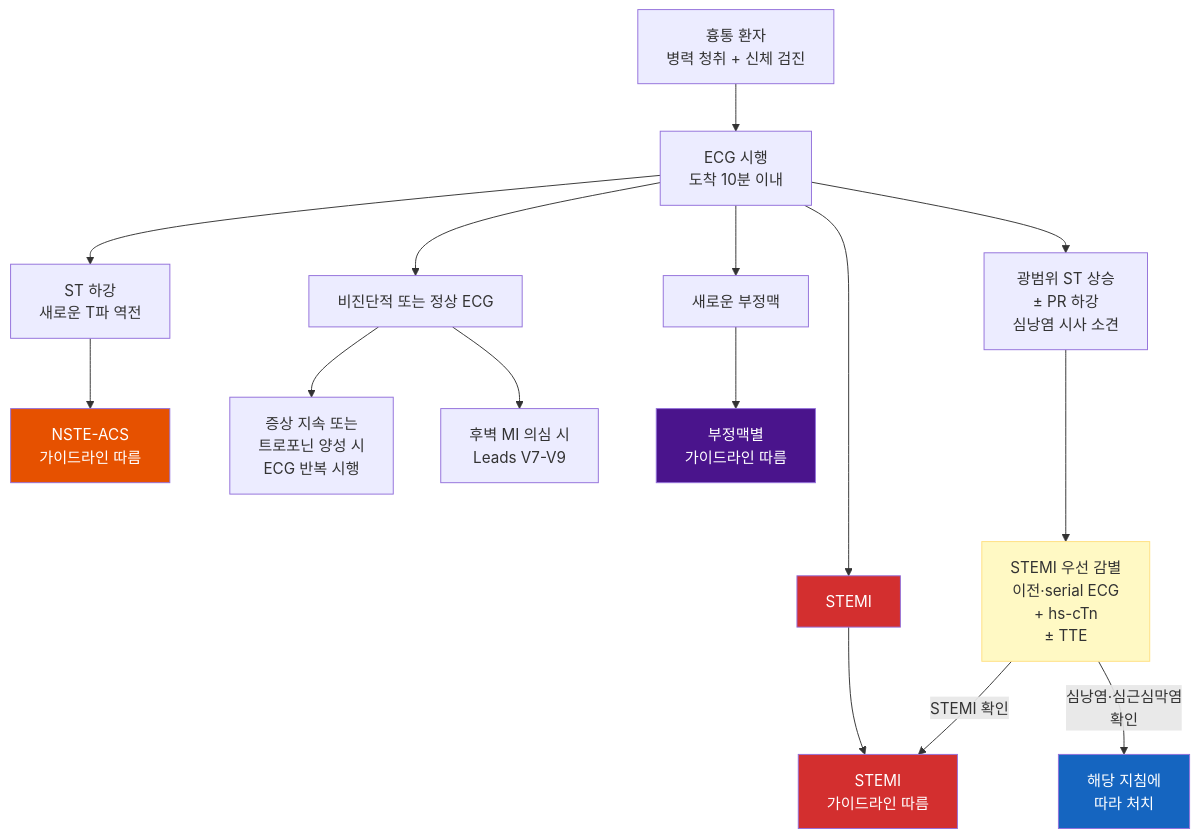
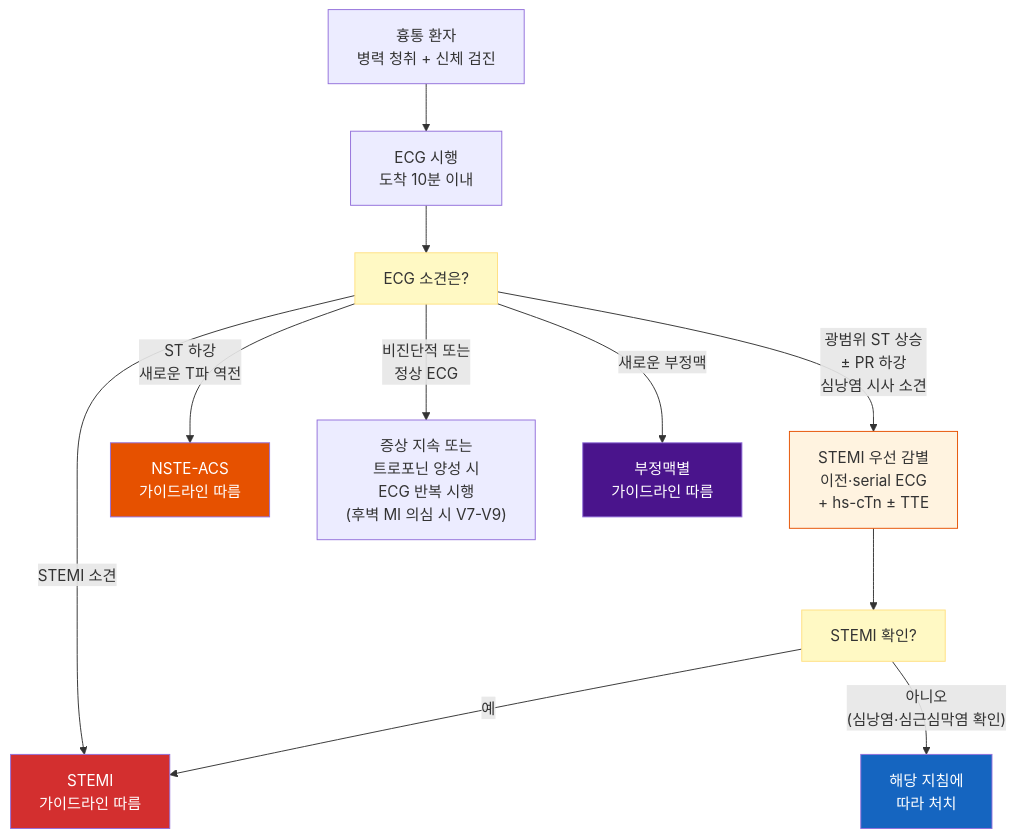
The first of 2 diagrams in 220_/002_-chest-pain.md (familyoh77/familyoh77), drawn with Mermaid before and after one commit. The commit also changed other lines of this file, not shown here.

````diff
--- a/220_/002_-chest-pain.md
+++ b/220_/002_-chest-pain.md
@@ -125,24 +125,21 @@
 ```mermaid
 flowchart TD
     A["흉통 환자<br>병력 청취 + 신체 검진"] --> B["ECG 시행<br>도착 10분 이내"]
-    B --> C["광범위 ST 상승 <br>± PR 하강<br>심낭염 시사 소견"]
-    B --> D["ST 하강<br>새로운 T파 역전"]
-    B --> E["비진단적 또는 정상 ECG"]
-    B --> F["새로운 부정맥"]
-    C ---> G["STEMI 우선 감별<br>이전·serial ECG<br> + hs-cTn<br> ± TTE"]
-    G -->|STEMI 확인| O
-    G -->|심낭염·심근심막염<br> 확인| P["해당 지침에 <br>따라 처치"]
-    D --> H["NSTE-ACS<br>가이드라인 따름"]
-    E --> I["증상 지속 또는<br>트로포닌 양성 시<br>ECG 반복 시행"]
-    E --> K["후벽 MI 의심 시<br>Leads V7-V9"]
-    F --> M["부정맥별<br>가이드라인 따름"]
-    B --> N["STEMI"]
-    N --> O["STEMI<br>가이드라인 따름"]
+    B --> C["ECG 소견은?"]
+    C -->|"STEMI 소견"| N["STEMI<br>가이드라인 따름"]
+    C -->|"광범위 ST 상승<br>± PR 하강<br>심낭염 시사 소견"| G["STEMI 우선 감별<br>이전·serial ECG<br>+ hs-cTn ± TTE"]
+    C -->|"ST 하강<br>새로운 T파 역전"| H["NSTE-ACS<br>가이드라인 따름"]
+    C -->|"비진단적 또는<br>정상 ECG"| E["증상 지속 또는<br>트로포닌 양성 시<br>ECG 반복 시행<br>(후벽 MI 의심 시 V7-V9)"]
+    C -->|"새로운 부정맥"| M["부정맥별<br>가이드라인 따름"]
+    G --> Q["STEMI 확인?"]
+    Q -->|"예"| N
+    Q -->|"아니오<br>(심낭염·심근심막염 확인)"| P["해당 지침에<br>따라 처치"]
     style N fill:#d32f2f,color:#fff
-    style O fill:#d32f2f,color:#fff
+    style Q fill:#fff9c4,stroke:#ffe082
+    style C fill:#fff9c4,stroke:#ffe082
     style H fill:#e65100,color:#fff
-    style G fill:#fff9c4,stroke:#ffe082
+    style G fill:#fff3e0,stroke:#e65100
     style P fill:#1565c0,color:#fff
     style M fill:#4a148c,color:#fff
 
 ```
````
